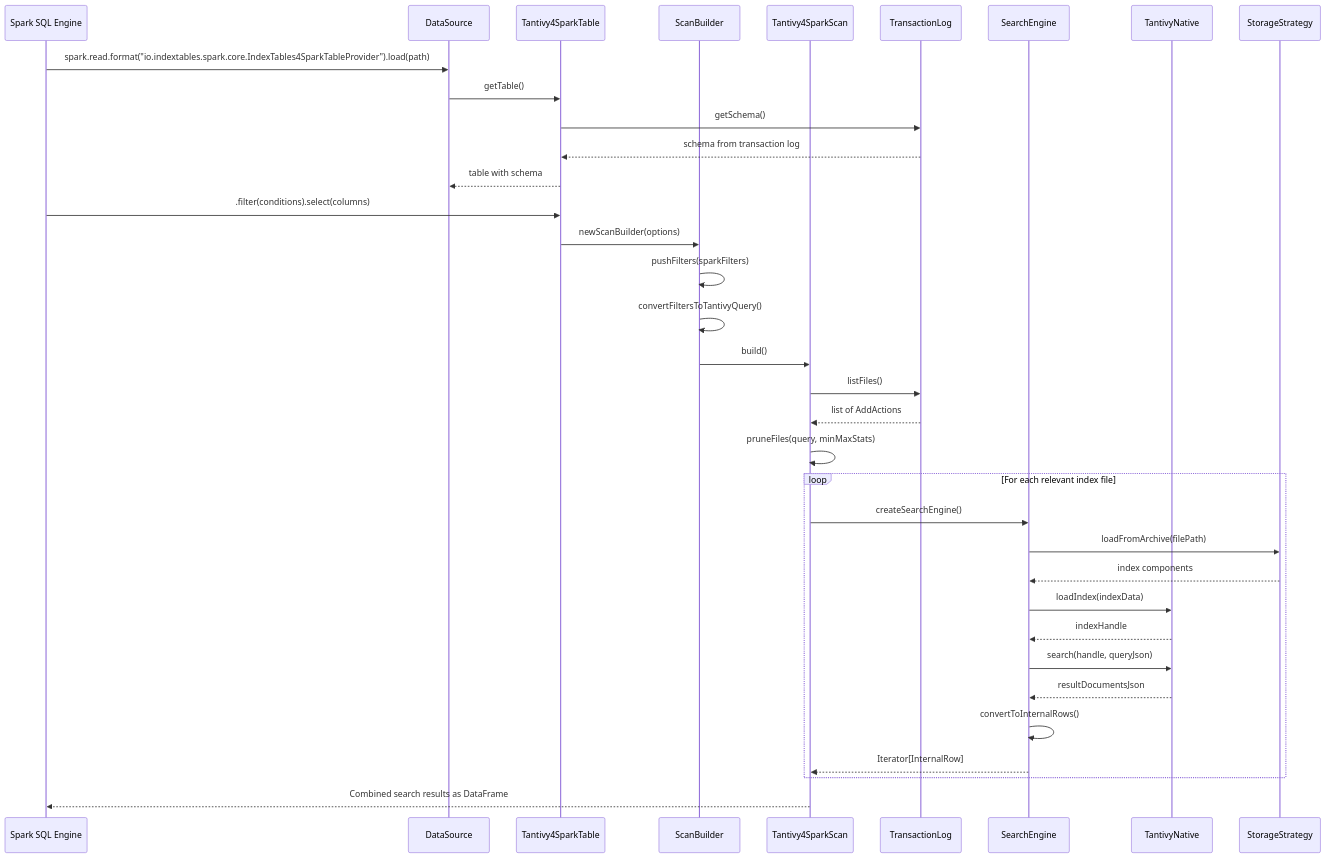
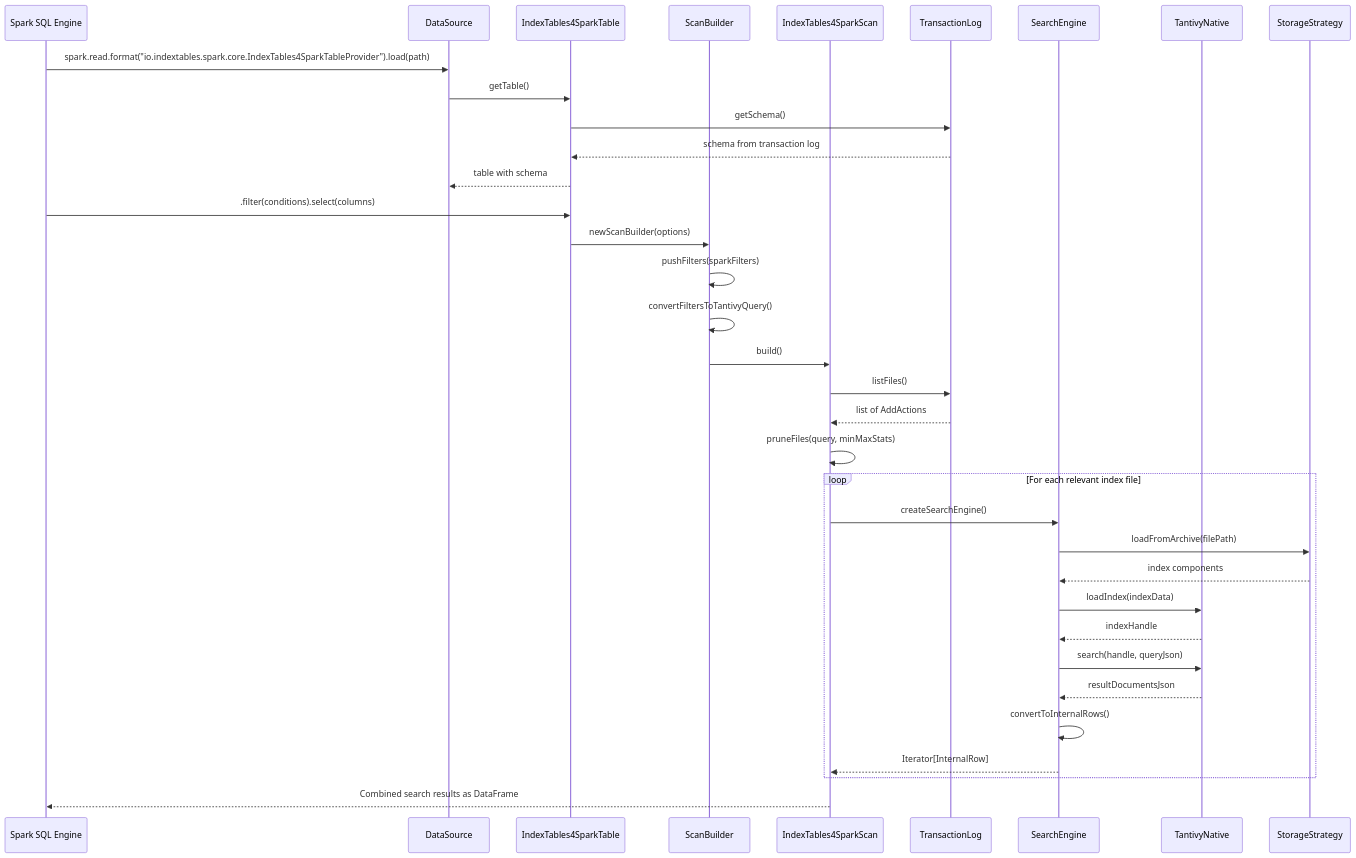
Before and after one commit to indextables/indextables_spark: the sixth of 13 diagrams in docs/UML_DIAGRAMS.md, drawn with Mermaid. The commit also changed other lines of this file and 10 other files, not shown here.

````diff
--- a/docs/UML_DIAGRAMS.md
+++ b/docs/UML_DIAGRAMS.md
@@ -494,44 +494,44 @@
 ```mermaid
 sequenceDiagram
     participant Client as Spark SQL Engine
     participant DS as DataSource
-    participant Table as Tantivy4SparkTable
+    participant Table as IndexTables4SparkTable
     participant SB as ScanBuilder
-    participant Scan as Tantivy4SparkScan
+    participant Scan as IndexTables4SparkScan
     participant TL as TransactionLog
     participant SE as SearchEngine
     participant JNI as TantivyNative
     participant Storage as StorageStrategy
 
     Client->>DS: spark.read.format("io.indextables.spark.core.IndexTables4SparkTableProvider").load(path)
     DS->>Table: getTable()
     Table->>TL: getSchema()
     TL-->>Table: schema from transaction log
     Table-->>DS: table with schema
     
     Client->>Table: .filter(conditions).select(columns)
     Table->>SB: newScanBuilder(options)
     SB->>SB: pushFilters(sparkFilters)
     SB->>SB: convertFiltersToTantivyQuery()
     
     SB->>Scan: build()
     Scan->>TL: listFiles()
     TL-->>Scan: list of AddActions
     
     Scan->>Scan: pruneFiles(query, minMaxStats)
     
     loop For each relevant index file
         Scan->>SE: createSearchEngine()
         SE->>Storage: loadFromArchive(filePath)
         Storage-->>SE: index components
         SE->>JNI: loadIndex(indexData)
         JNI-->>SE: indexHandle
         
         SE->>JNI: search(handle, queryJson)
         JNI-->>SE: resultDocumentsJson
         SE->>SE: convertToInternalRows()
         SE-->>Scan: Iterator[InternalRow]
     end
     
     Scan-->>Client: Combined search results as DataFrame
 ```
````
